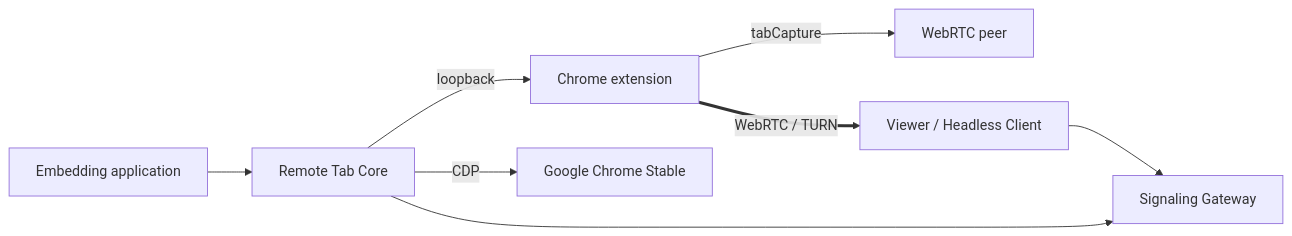
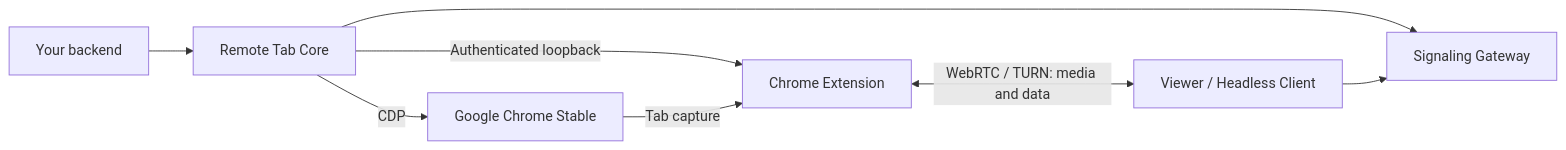
Before and after one commit to x3zvawq/browshare-remote-tab: the diagram in README.md, drawn with Mermaid. The commit also changed other lines of this file and 12 other files, not shown here.

````diff
--- a/README.md
+++ b/README.md
@@ -286,10 +102,10 @@
 ```mermaid
 flowchart LR
-    embedder[Embedding application] --> core[Remote Tab Core]
-    core -->|loopback| extension[Chrome extension]
+    app[Your backend] --> core[Remote Tab Core]
     core -->|CDP| chrome[Google Chrome Stable]
-    extension -->|tabCapture| peer[WebRTC peer]
-    viewer[Viewer / Headless Client] --> gateway[Signaling Gateway]
-    core --> gateway
-    extension == WebRTC / TURN ==> viewer
+    core -->|Authenticated loopback| extension[Chrome Extension]
+    chrome -->|Tab capture| extension
+    core --> gateway[Signaling Gateway]
+    viewer[Viewer / Headless Client] --> gateway
+    extension <-->|WebRTC / TURN: media and data| viewer
 ```
````
